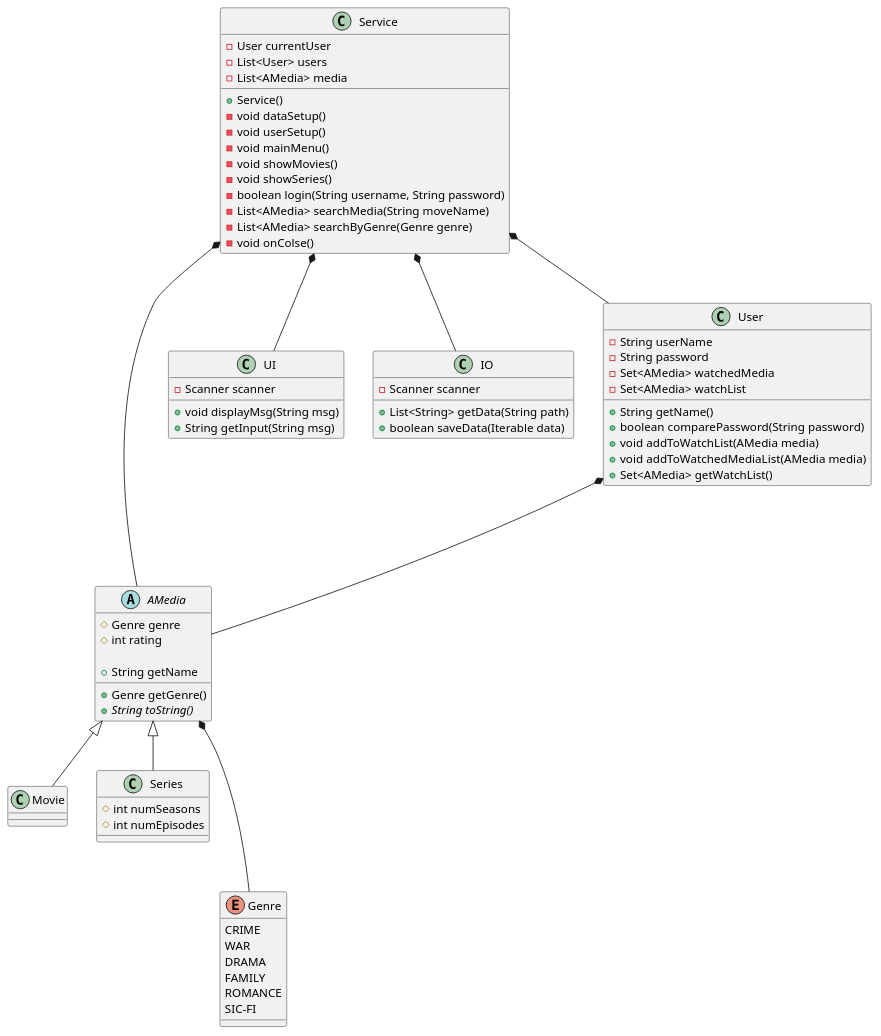
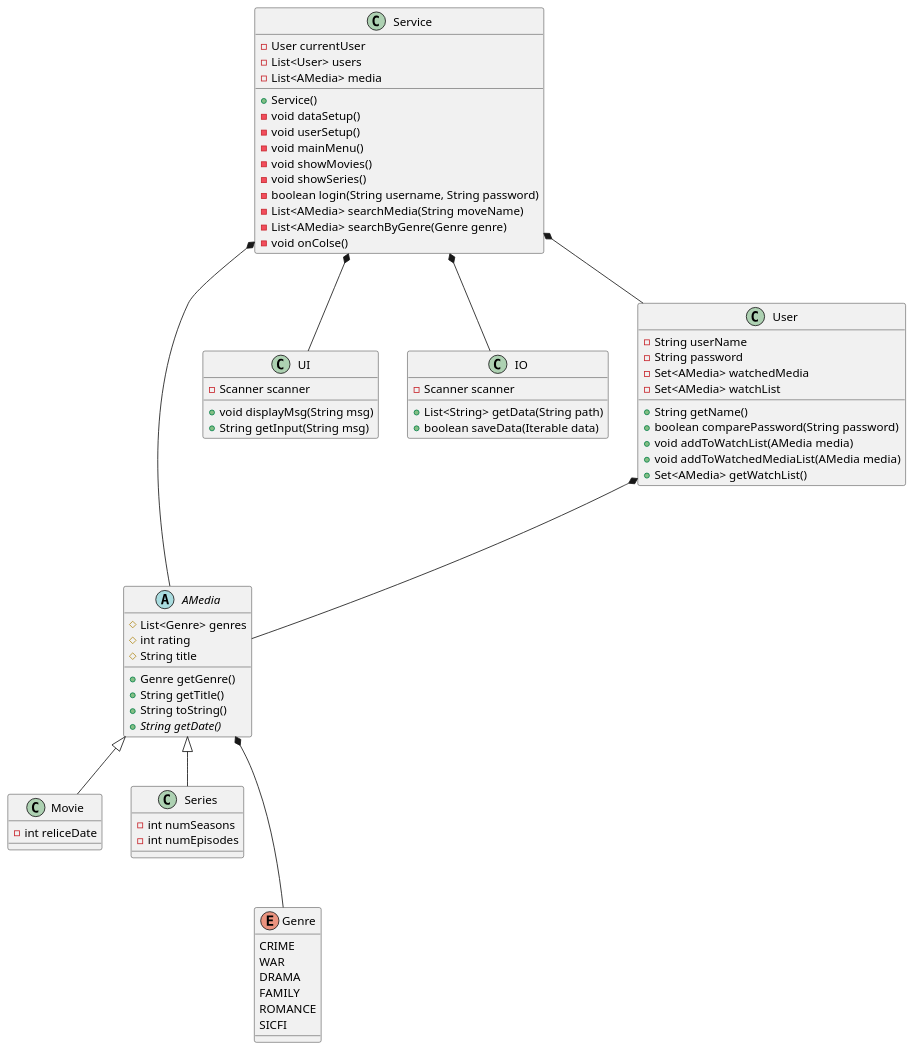
The diagram in doc/classDiagra.puml (Laumh-exe/sp3), drawn with PlantUML before and after one commit. The commit also changed 6 other files, not shown here.

```diff
--- a/doc/classDiagra.puml
+++ b/doc/classDiagra.puml
@@ -1,89 +1,91 @@
 @startuml
 abstract class AMedia{
-	# Genre genre
+	# List<Genre> genres
 	# int rating
+    # String title
 
     + Genre getGenre()
-    + String getName
-    {abstract} + String toString()
+    + String getTitle()
+    + String toString()
+    {abstract} + String getDate()
 }
 
 class Movie{
-	
+	- int reliceDate
 }
 
 class Series{
-	# int numSeasons
-	# int numEpisodes	
+	- int numSeasons
+	- int numEpisodes	
 }
 
 class UI {
     - Scanner scanner
 	+ void displayMsg(String msg)
 	+ String getInput(String msg)
 }
 
 class IO{
     - Scanner scanner
 	+ List<String> getData(String path)
 	+ boolean saveData(Iterable data)
 }
 
 class User{
     - String userName
     - String password
     - Set<AMedia> watchedMedia
     - Set<AMedia> watchList
     + String getName()
     + boolean comparePassword(String password)
     + void addToWatchList(AMedia media)
     + void addToWatchedMediaList(AMedia media)
     + Set<AMedia> getWatchList()
 }
 
 class Service{
     - User currentUser
 	- List<User> users
 	- List<AMedia> media
 	
     + Service()
     - void dataSetup()
     - void userSetup()
     - void mainMenu() 
     - void showMovies()
     - void showSeries()
 	- boolean login(String username, String password)
     - List<AMedia> searchMedia(String moveName)
     - List<AMedia> searchByGenre(Genre genre)
     - void onColse()
 }
 note left of Service::setup
     userlogin / create user
 end note
 
 note left of Service::mainMainu
     This is the main loop of the programSS
 end note
 
 enum Genre{
     CRIME
     WAR
     DRAMA
     FAMILY
     ROMANCE
-    SIC-FI
+    SICFI
 }
 
 Service *-- AMedia
 Service *-- User
 Service *-- UI
 Service *-- IO
 
 AMedia *--- Genre
 
 User *--- AMedia
 
 
 AMedia <|-- Movie
 AMedia <|-- Series
 @enduml
```
